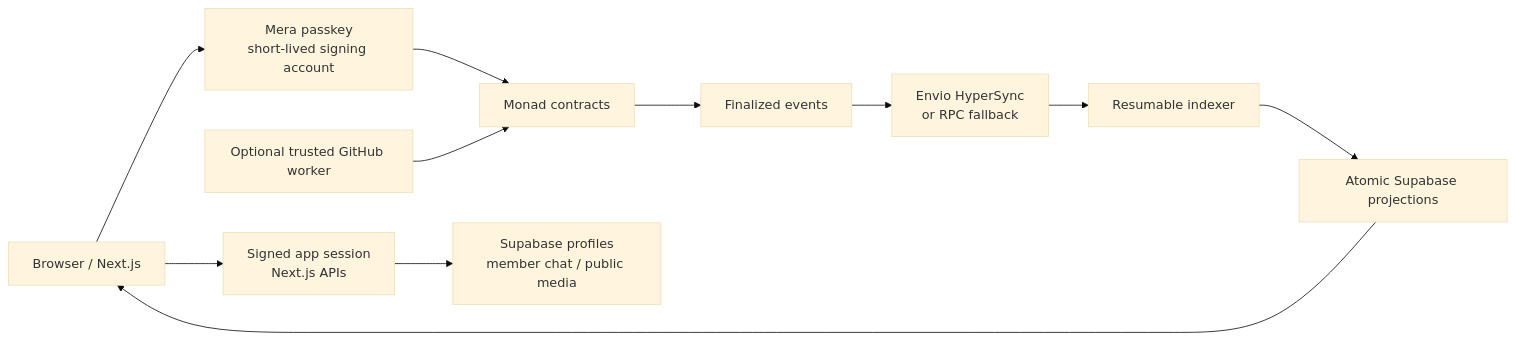
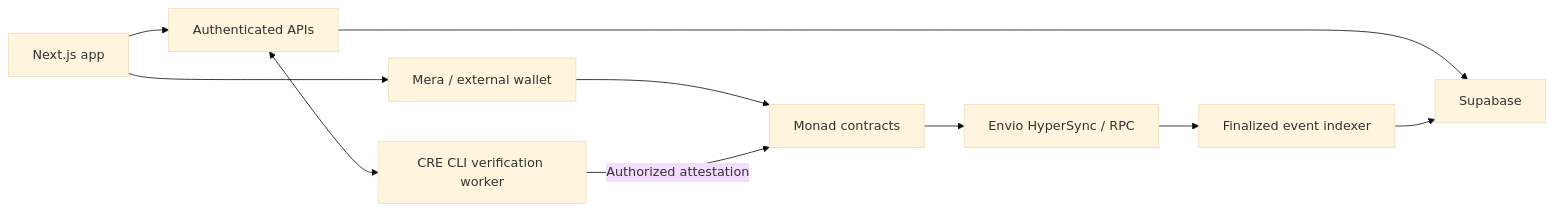
One commit to Psalmuel01/bondline changed the diagram in README.md. Above: the diagram before and after it, drawn with Mermaid (base theme). The commit also changed other lines of this file and 4 other files, not shown here.

Commit message:
docs: update README and documentation for clarity on GitHub verification and product status

````diff
--- a/README.md
+++ b/README.md
@@ -42,13 +44,12 @@
 ```mermaid
 flowchart LR
-    Person[Browser / Next.js] --> Mera[Mera passkey<br/>short-lived signing account]
-    Mera --> Monad[Monad contracts]
-    Person --> Session[Signed app session<br/>Next.js APIs]
-    Session --> Social[Supabase profiles<br/>member chat / public media]
-    Monad --> Events[Finalized events]
-    Events --> Retrieval[Envio HyperSync<br/>or RPC fallback]
-    Retrieval --> Indexer[Resumable indexer]
-    Indexer --> Database[Atomic Supabase projections]
-    Database --> Person
-    Worker[Optional trusted GitHub worker] --> Monad
+    App[Next.js app] --> Accounts[Mera / external wallet]
+    Accounts --> Core[Monad contracts]
+    App --> API[Authenticated APIs]
+    API --> DB[Supabase]
+    Core --> Events[Envio HyperSync / RPC]
+    Events --> Indexer[Finalized event indexer]
+    Indexer --> DB
+    API <--> Worker[CRE CLI verification worker]
+    Worker -->|Authorized attestation| Core
 ```
````
